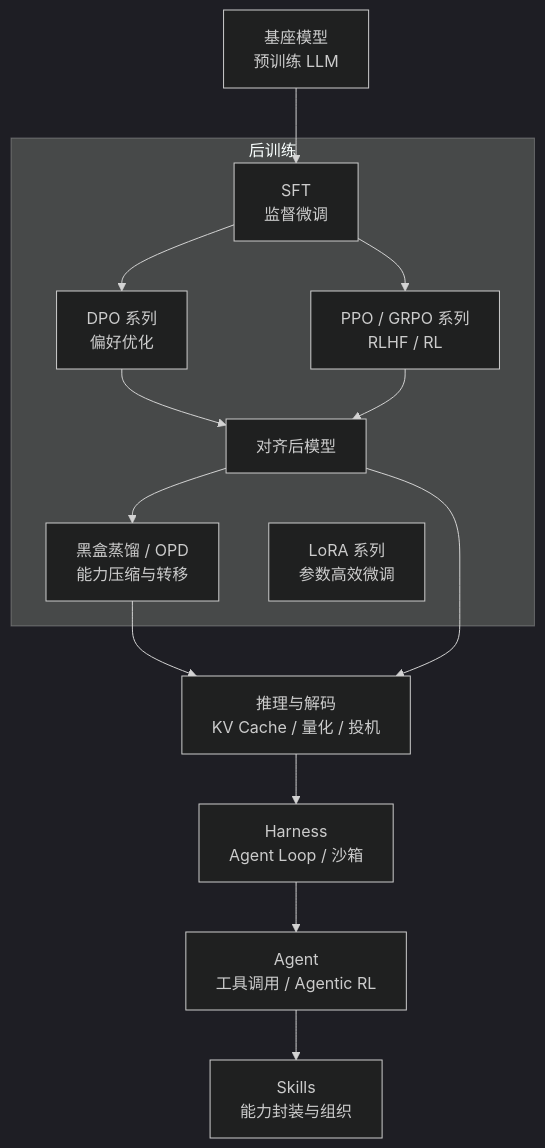
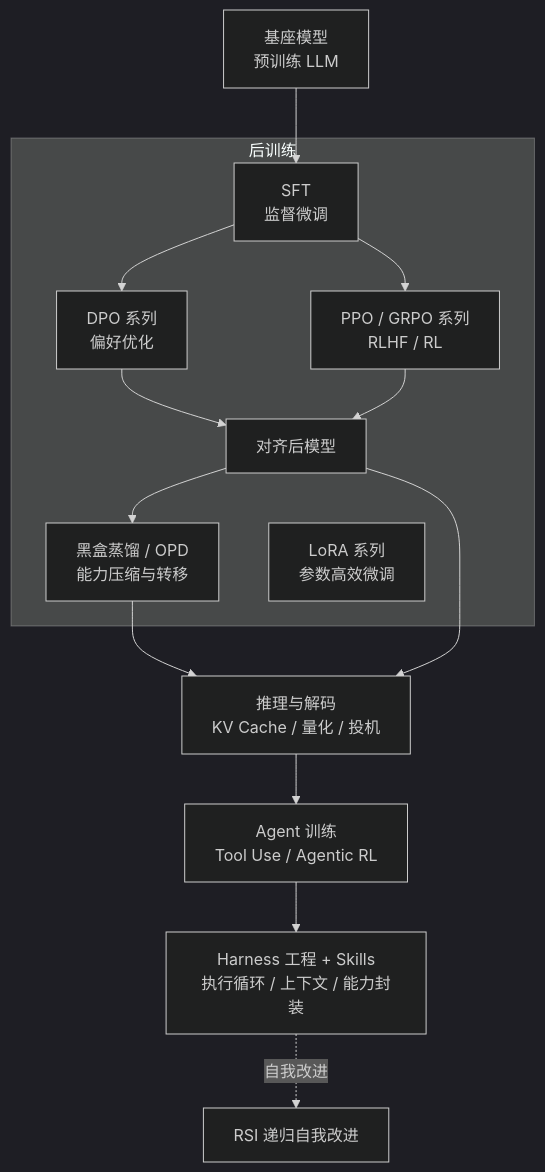
The diagram in docs/guide/index.md (zhoujx4/llm-atlas), drawn with Mermaid (dark theme) before and after one commit. The commit also changed other lines of this file and 52 other files, not shown here.

````diff
--- a/docs/guide/index.md
+++ b/docs/guide/index.md
@@ -15,17 +15,17 @@
 ```mermaid
 flowchart TB
     BASE[基座模型<br/>预训练 LLM] --> SFT
     subgraph POST[后训练]
         SFT[SFT<br/>监督微调] --> DPO[DPO 系列<br/>偏好优化]
         SFT --> PPO[PPO / GRPO 系列<br/>RLHF / RL]
         DPO --> ALIGNED[对齐后模型]
         PPO --> ALIGNED
         ALIGNED --> DISTILL[黑盒蒸馏 / OPD<br/>能力压缩与转移]
         LORA[LoRA 系列<br/>参数高效微调]
     end
     DISTILL --> INFER[推理与解码<br/>KV Cache / 量化 / 投机]
     ALIGNED --> INFER
-    INFER --> HARNESS[Harness<br/>Agent Loop / 沙箱]
-    HARNESS --> AGENT[Agent<br/>工具调用 / Agentic RL]
-    AGENT --> SKILLS[Skills<br/>能力封装与组织]
+    INFER --> AGTRAIN[Agent 训练<br/>Tool Use / Agentic RL]
+    AGTRAIN --> AGENG[Harness 工程 + Skills<br/>执行循环 / 上下文 / 能力封装]
+    AGENG -.自我改进.-> RSI[RSI 递归自我改进]
 ```
````
